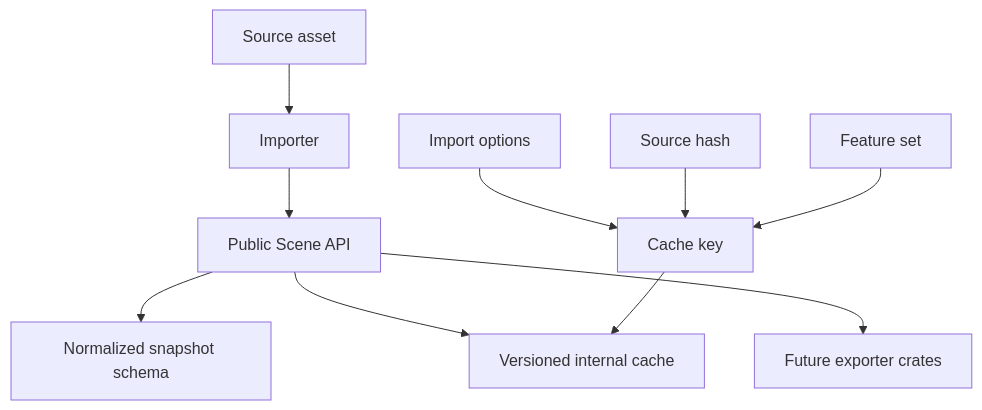
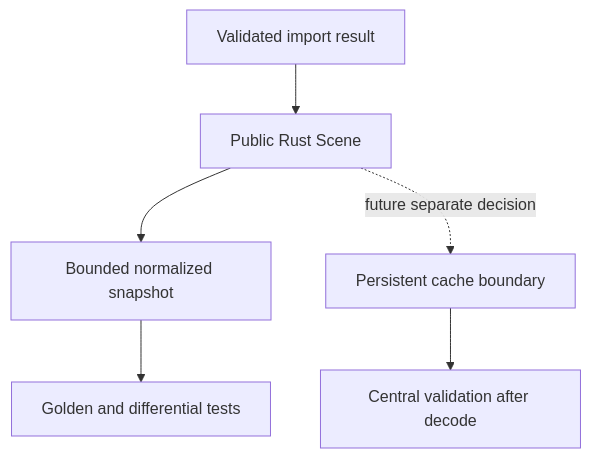
The diagram in docs/adr/0017-serialization-snapshot-and-cache-boundary.md (Latias94/baozi), drawn with Mermaid before and after one commit. The commit also changed other lines of this file and 978 other files, not shown here.

First line of the commit message:
refactor: deliver typed scene workflows and bounded imports (#3)

````diff
--- a/docs/adr/0017-serialization-snapshot-and-cache-boundary.md
+++ b/docs/adr/0017-serialization-snapshot-and-cache-boundary.md
@@ -45,12 +63,8 @@
 ```mermaid
 flowchart TD
-    Source[Source asset] --> Import[Importer]
-    Import --> Scene[Public Scene API]
-    Scene --> Snapshot[Normalized snapshot schema]
-    Scene --> Cache[Versioned internal cache]
-    Scene --> Exporter[Future exporter crates]
-    Options[Import options] --> CacheKey[Cache key]
-    SourceHash[Source hash] --> CacheKey
-    FeatureSet[Feature set] --> CacheKey
-    CacheKey --> Cache
+    Import[Validated import result] --> Scene[Public Rust Scene]
+    Scene --> Snapshot[Bounded normalized snapshot]
+    Scene -. future separate decision .-> Cache[Persistent cache boundary]
+    Snapshot --> Tests[Golden and differential tests]
+    Cache --> Validate[Central validation after decode]
 ```
````
